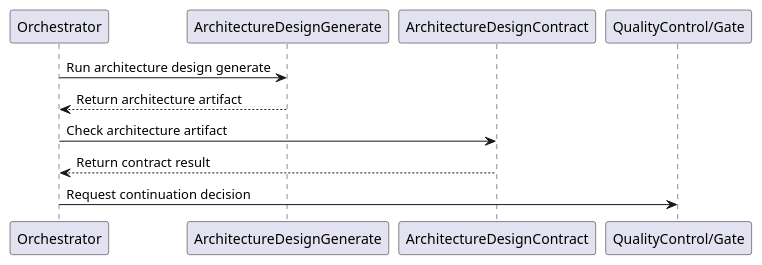
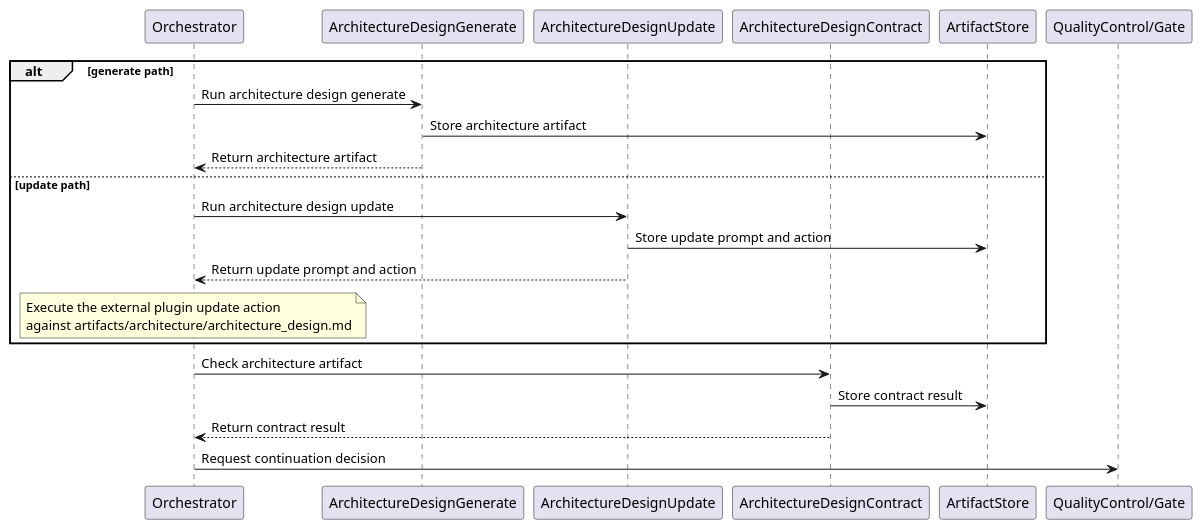
Before and after one commit to lucky-chen/ai_workflow_travel: the second of 4 diagrams in project_layer/docs/breakdown_docs/architecture_design.md, drawn with PlantUML. The commit also changed other lines of this file and 16 other files, not shown here.

````diff
--- a/project_layer/docs/breakdown_docs/architecture_design.md
+++ b/project_layer/docs/breakdown_docs/architecture_design.md
@@ -91,14 +100,28 @@
 ```plantuml
 @startuml
 participant Orchestrator
 participant ArchitectureDesignGenerate
+participant ArchitectureDesignUpdate
 participant ArchitectureDesignContract
+participant ArtifactStore
 participant "QualityControl/Gate" as Gate
 
-Orchestrator -> ArchitectureDesignGenerate: Run architecture design generate
-ArchitectureDesignGenerate --> Orchestrator: Return architecture artifact
+alt generate path
+  Orchestrator -> ArchitectureDesignGenerate: Run architecture design generate
+  ArchitectureDesignGenerate -> ArtifactStore: Store architecture artifact
+  ArchitectureDesignGenerate --> Orchestrator: Return architecture artifact
+else update path
+  Orchestrator -> ArchitectureDesignUpdate: Run architecture design update
+  ArchitectureDesignUpdate -> ArtifactStore: Store update prompt and action
+  ArchitectureDesignUpdate --> Orchestrator: Return update prompt and action
+  note over Orchestrator
+    Execute the external plugin update action
+    against artifacts/architecture/architecture_design.md
+  end note
+end
 Orchestrator -> ArchitectureDesignContract: Check architecture artifact
+ArchitectureDesignContract -> ArtifactStore: Store contract result
 ArchitectureDesignContract --> Orchestrator: Return contract result
 Orchestrator -> Gate: Request continuation decision
 @enduml
 ```
````
